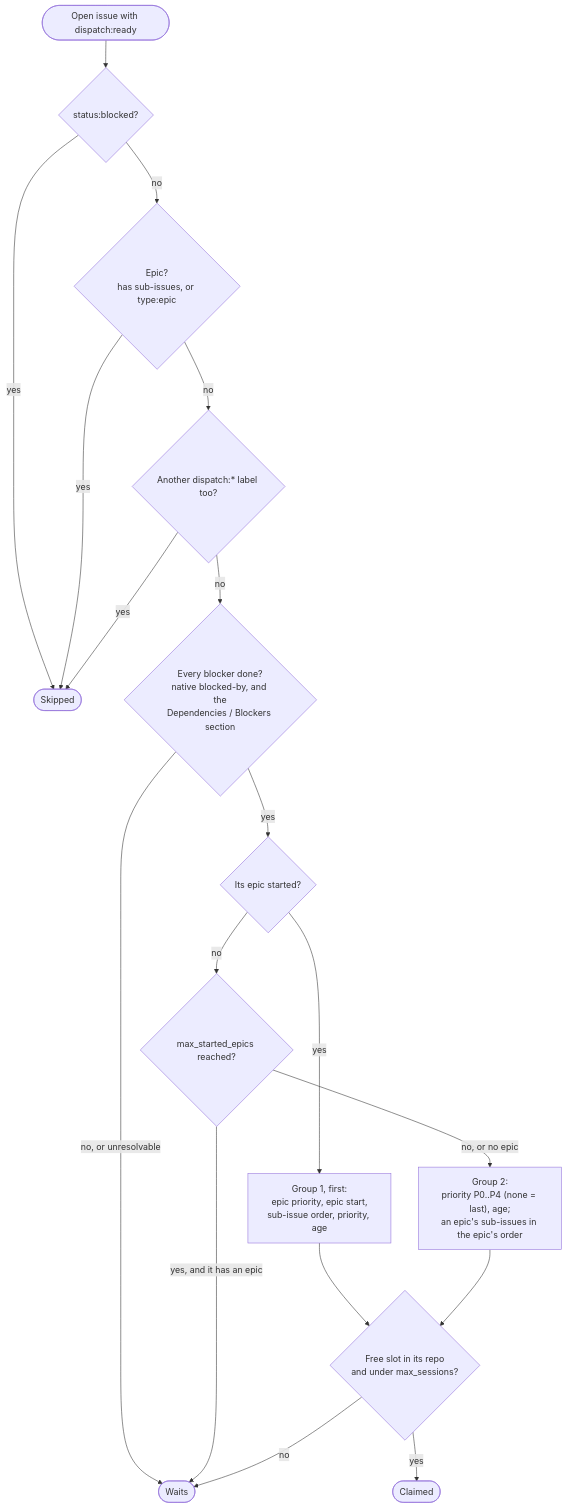
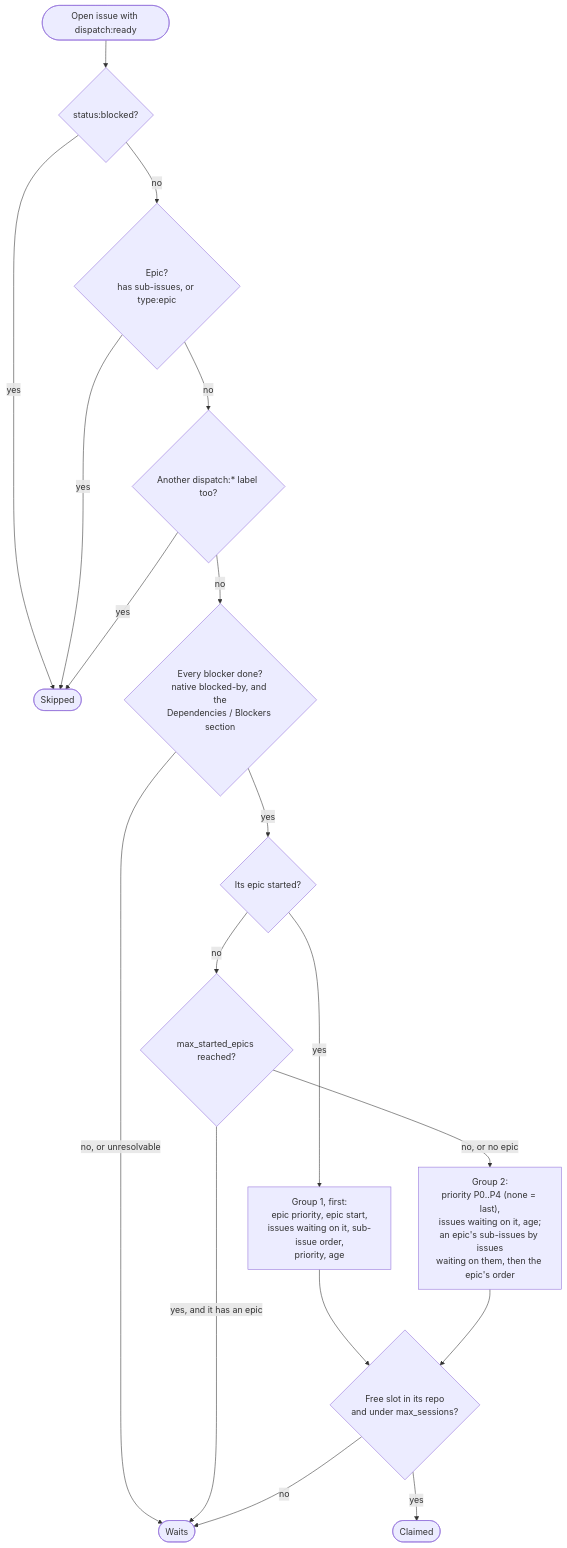
The third of 3 diagrams in docs/flow.md (mrcrgl/issuewright), drawn with Mermaid before and after one commit. The commit also changed 6 other files, not shown here.

First line of the commit message:
Show the queue as blocker trees and start the issue that frees the most first

````diff
--- a/docs/flow.md
+++ b/docs/flow.md
@@ -110,20 +110,20 @@
 ```mermaid
 flowchart TD
     C0(["Open issue with dispatch:ready"]) --> C1{"status:blocked?"}
     C1 -- "yes" --> SK(["Skipped"])
     C1 -- "no" --> C2{"Epic?<br/>has sub-issues, or type:epic"}
     C2 -- "yes" --> SK
     C2 -- "no" --> C3{"Another dispatch:* label too?"}
     C3 -- "yes" --> SK
     C3 -- "no" --> C4{"Every blocker done?<br/>native blocked-by, and the<br/>Dependencies / Blockers section"}
     C4 -- "no, or unresolvable" --> WT(["Waits"])
     C4 -- "yes" --> C5{"Its epic started?"}
-    C5 -- "yes" --> G1["Group 1, first:<br/>epic priority, epic start,<br/>sub-issue order, priority, age"]
+    C5 -- "yes" --> G1["Group 1, first:<br/>epic priority, epic start,<br/>issues waiting on it, sub-issue order,<br/>priority, age"]
     C5 -- "no" --> C6{"max_started_epics reached?"}
     C6 -- "yes, and it has an epic" --> WT
-    C6 -- "no, or no epic" --> G2["Group 2:<br/>priority P0..P4 (none = last), age;<br/>an epic's sub-issues in the epic's order"]
+    C6 -- "no, or no epic" --> G2["Group 2:<br/>priority P0..P4 (none = last),<br/>issues waiting on it, age;<br/>an epic's sub-issues by issues<br/>waiting on them, then the epic's order"]
     G1 --> C7{"Free slot in its repo<br/>and under max_sessions?"}
     G2 --> C7
     C7 -- "no" --> WT
     C7 -- "yes" --> CL(["Claimed"])
 ```
````
